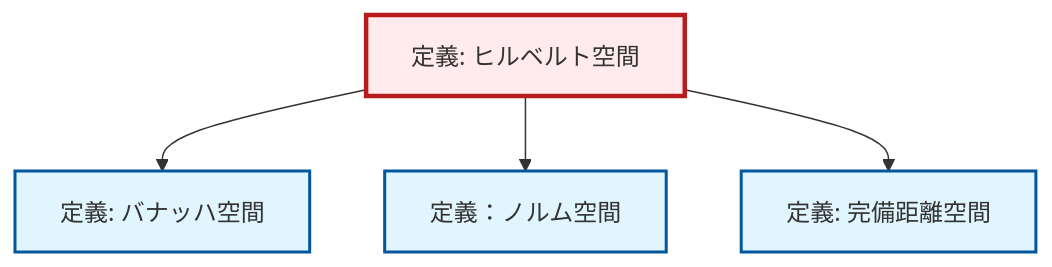
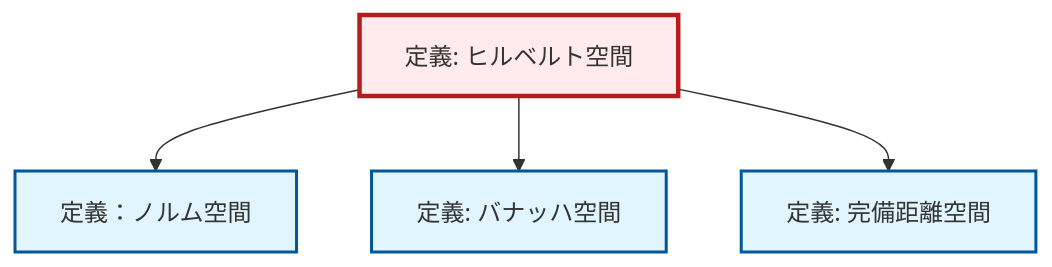
Before and after one commit to RK0429/ModernMath: the diagram in content/ja/analysis/def-hilbert-space.qmd, drawn with Mermaid. The commit also changed other lines of this file and 328 other files, not shown here.

````diff
--- a/content/ja/analysis/def-hilbert-space.qmd
+++ b/content/ja/analysis/def-hilbert-space.qmd
@@ -173,20 +173,20 @@
 ```{mermaid}
 %%| fig-cap: "ローカル依存関係グラフ"
 graph TD
     classDef definition fill:#e1f5fe,stroke:#01579b,stroke-width:2px
     classDef theorem fill:#f3e5f5,stroke:#4a148c,stroke-width:2px
     classDef axiom fill:#fff3e0,stroke:#e65100,stroke-width:2px
     classDef example fill:#e8f5e9,stroke:#1b5e20,stroke-width:2px
     classDef current fill:#ffebee,stroke:#b71c1c,stroke-width:3px
+    def-banach-space["定義: バナッハ空間"]:::definition
     def-hilbert-space["定義: ヒルベルト空間"]:::definition
-    def-banach-space["定義: バナッハ空間"]:::definition
+    def-complete-metric-space["定義: 完備距離空間"]:::definition
     def-normed-vector-space["定義：ノルム空間"]:::definition
-    def-complete-metric-space["定義: 完備距離空間"]:::definition
+    def-hilbert-space --> def-normed-vector-space
     def-hilbert-space --> def-banach-space
-    def-hilbert-space --> def-normed-vector-space
     def-hilbert-space --> def-complete-metric-space
     class def-hilbert-space current
     click def-banach-space "def-banach-space.html" "バナッハ空間の定義へ"
+    click def-complete-metric-space "def-complete-metric-space.html" "完備距離空間の定義へ"
     click def-normed-vector-space "def-normed-vector-space.html" "定義：ノルム空間へ"
-    click def-complete-metric-space "def-complete-metric-space.html" "完備距離空間の定義へ"
 ```
````
